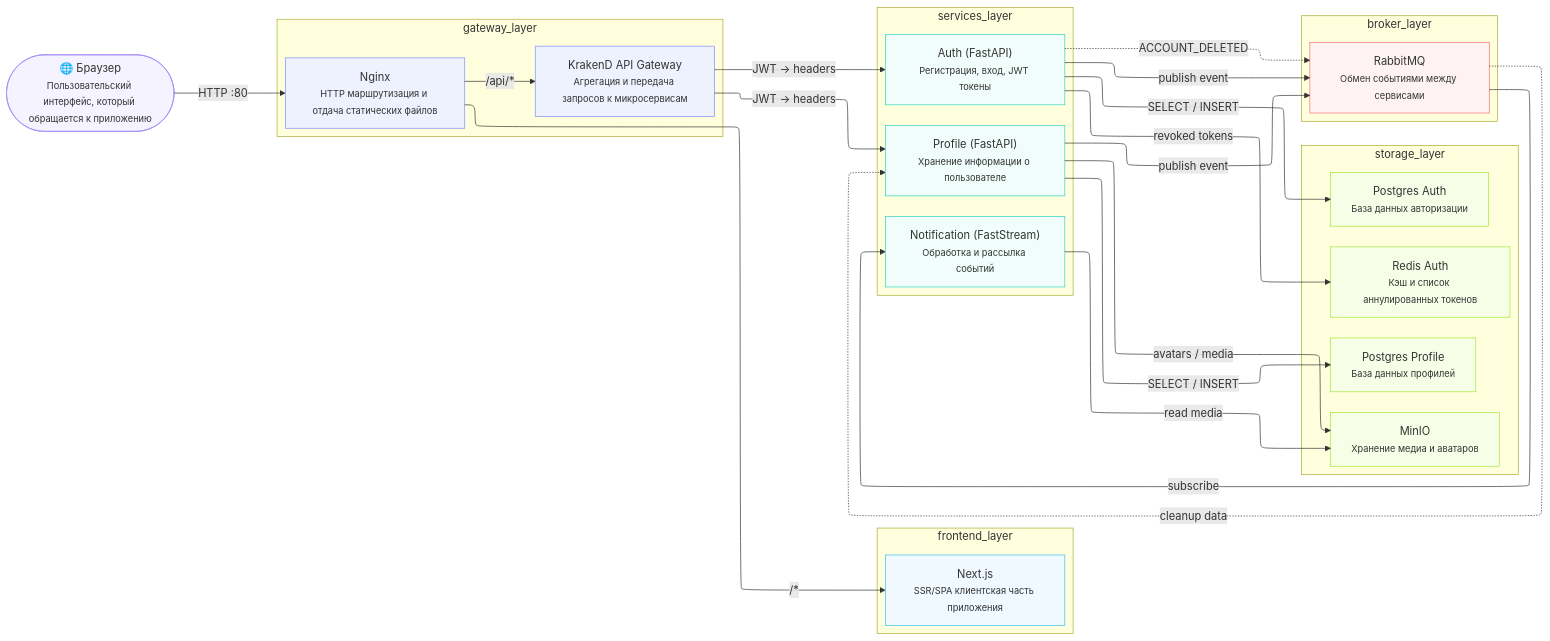
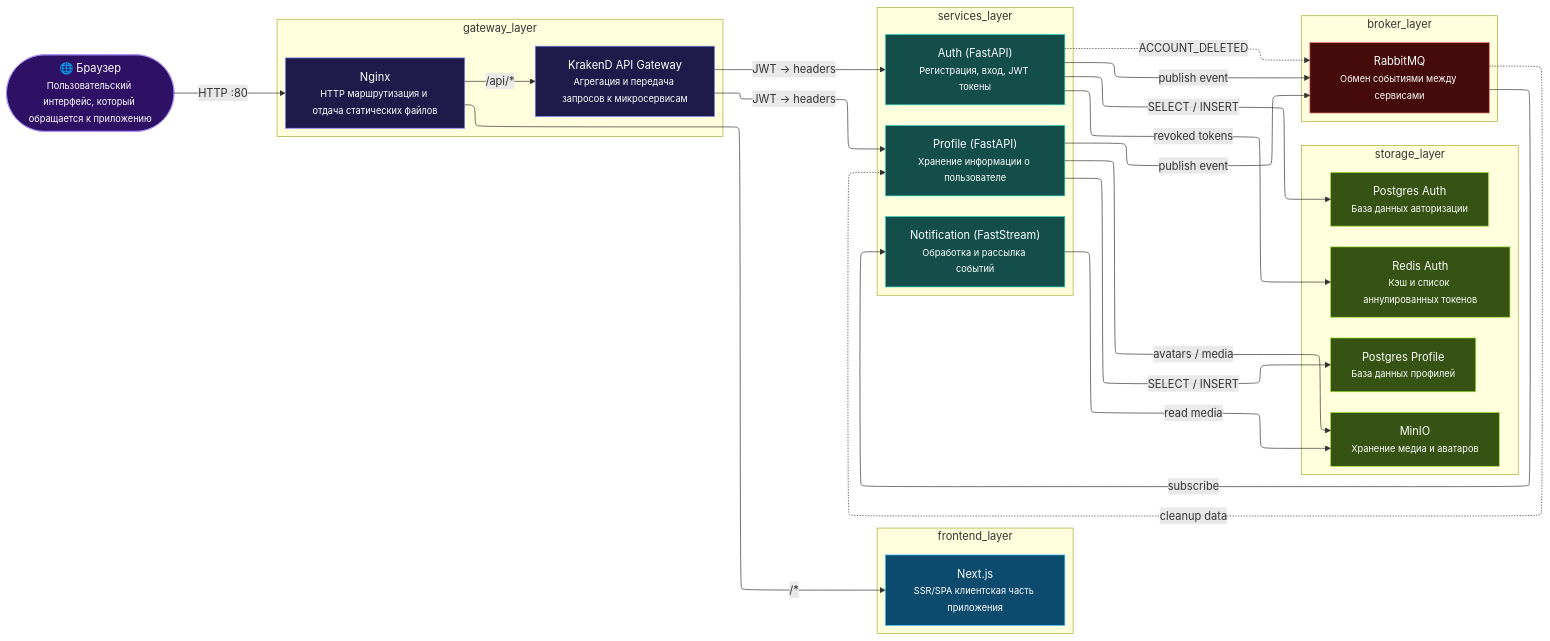
One commit to mindcoree/LoreLounge changed the first of 4 diagrams in README.md. Above: the diagram before and after it, drawn with Mermaid.

Commit message:
docs: update project documentation in README.md

````diff
--- a/README.md
+++ b/README.md
@@ -39,75 +39,75 @@
 ```mermaid
 %%{init: {"flowchart": {"defaultRenderer": "elk"}} }%%
 flowchart LR
     %% --- Legend / Layout ---
-    classDef gateway stroke:#818cf8,fill:#eef2ff;
-    classDef frontend stroke:#38bdf8,fill:#f0f9ff;
-    classDef services stroke:#2dd4bf,fill:#f0fdfa;
-    classDef storage stroke:#a3e635,fill:#f7fee7;
-    classDef broker stroke:#f87171,fill:#fef2f2;
-    classDef external stroke:#a78bfa,fill:#f5f3ff;
+    classDef gateway stroke:#818cf8,fill:#1e1b4b,color:#fff;
+    classDef frontend stroke:#38bdf8,fill:#0c4a6e,color:#fff;
+    classDef services stroke:#2dd4bf,fill:#134e4a,color:#fff;
+    classDef storage stroke:#a3e635,fill:#365314,color:#fff;
+    classDef broker stroke:#f87171,fill:#450a0a,color:#fff;
+    classDef external stroke:#a78bfa,fill:#2e1065,color:#fff;
 
     %% --- External / Entry point ---
     Browser(["🌐 Браузер<br/><small>Пользовательский интерфейс, который обращается к приложению</small>"])
     class Browser external
 
     %% --- Gateway Layer ---
     subgraph gateway_layer["gateway_layer"]
         Nginx["Nginx<br/><small>HTTP маршрутизация и отдача статических файлов</small>"]
         KrakenD["KrakenD API Gateway<br/><small>Агрегация и передача запросов к микросервисам</small>"]
     end
 
     %% --- Frontend Layer ---
     subgraph frontend_layer["frontend_layer"]
         Frontend["Next.js<br/><small>SSR/SPA клиентская часть приложения</small>"]
     end
 
     %% --- Services Layer ---
     subgraph services_layer["services_layer"]
         Auth["Auth (FastAPI)<br/><small>Регистрация, вход, JWT токены</small>"]
         Profile["Profile (FastAPI)<br/><small>Хранение информации о пользователе</small>"]
         Notification["Notification (FastStream)<br/><small>Обработка и рассылка событий</small>"]
     end
 
     %% --- Storage Layer ---
     subgraph storage_layer["storage_layer"]
         PGAuth["Postgres Auth<br/><small>База данных авторизации</small>"]
         PGProfile["Postgres Profile<br/><small>База данных профилей</small>"]
         RedisAuth["Redis Auth<br/><small>Кэш и список аннулированных токенов</small>"]
         MinIO["MinIO<br/><small>Хранение медиа и аватаров</small>"]
     end
 
     %% --- Broker Layer ---
     subgraph broker_layer["broker_layer"]
         RabbitMQ["RabbitMQ<br/><small>Обмен событиями между сервисами</small>"]
     end
 
     %% Add classes
     class Nginx,KrakenD gateway
     class Frontend frontend
     class Auth,Profile,Notification services
     class PGAuth,RedisAuth,PGProfile,MinIO storage
     class RabbitMQ broker
 
     %% --- Connections ---
     Browser -->|"HTTP :80"| Nginx
     Nginx -->|"/*"| Frontend
     Nginx -->|"/api/*"| KrakenD
 
     KrakenD -->|"JWT → headers"| Auth
     KrakenD -->|"JWT → headers"| Profile
 
     Auth -->|"SELECT / INSERT"| PGAuth
     Auth -->|"revoked tokens"| RedisAuth
     Auth -->|"publish event"| RabbitMQ
 
     Profile -->|"SELECT / INSERT"| PGProfile
     Profile -->|"avatars / media"| MinIO
     Profile -->|"publish event"| RabbitMQ
 
     Auth -.->|"ACCOUNT_DELETED"| RabbitMQ
     RabbitMQ -.->|"cleanup data"| Profile
 
     RabbitMQ -->|"subscribe"| Notification
     Notification -->|"read media"| MinIO
 ```
````
